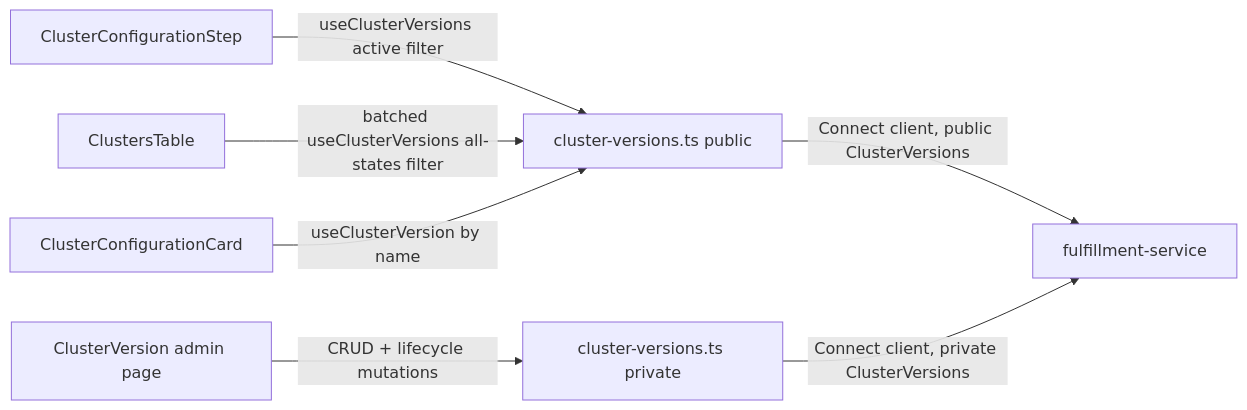
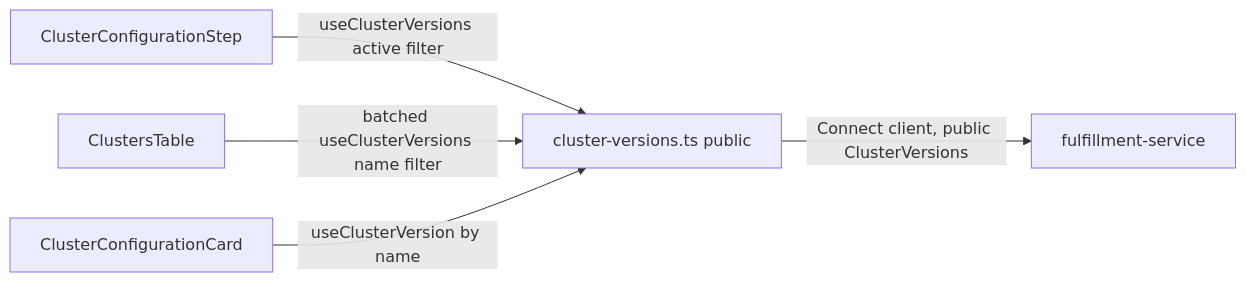
Before and after one commit to osac-project/enhancement-proposals: the diagram in enhancements/OSAC-1269-cluster-version-api/ui-design.md, drawn with Mermaid. The commit also changed other lines of this file, not shown here.

Commit message:
Design OSAC-1269: revise for PR #191 - drop admin catalog management, allowed_upgrades removed

````diff
--- a/enhancements/OSAC-1269-cluster-version-api/ui-design.md
+++ b/enhancements/OSAC-1269-cluster-version-api/ui-design.md
@@ -46,9 +46,7 @@
 ```mermaid
 flowchart LR
     Wizard[ClusterConfigurationStep] -->|useClusterVersions active filter| PublicHook[cluster-versions.ts public]
-    ClusterList[ClustersTable] -->|batched useClusterVersions all-states filter| PublicHook
+    ClusterList[ClustersTable] -->|batched useClusterVersions name filter| PublicHook
     ClusterDetail[ClusterConfigurationCard] -->|useClusterVersion by name| PublicHook
-    AdminPage[ClusterVersion admin page] -->|CRUD + lifecycle mutations| PrivateHook[cluster-versions.ts private]
     PublicHook -->|Connect client, public ClusterVersions| API[fulfillment-service]
-    PrivateHook -->|Connect client, private ClusterVersions| API
 ```
````
